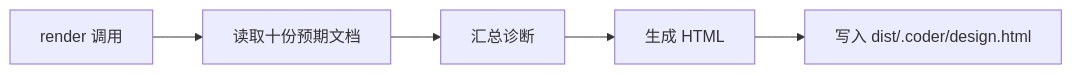
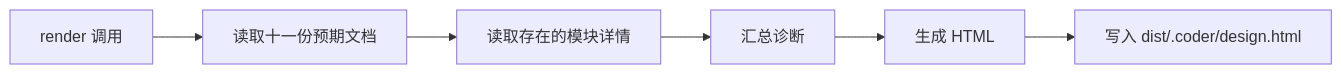
Before and after one commit to Cangjier/coder: the tenth of 10 diagrams in .coder/design/architecture.md, drawn with Mermaid. The commit also changed other lines of this file and 37 other files, not shown here.

````diff
--- a/.coder/design/architecture.md
+++ b/.coder/design/architecture.md
@@ -133,7 +166,8 @@
 ```mermaid
 flowchart LR
-  A[render 调用] --> B[读取十份预期文档]
-  B --> C[汇总诊断]
-  C --> D[生成 HTML]
-  D --> E[写入 dist/.coder/design.html]
+  A[render 调用] --> B[读取十一份预期文档]
+  B --> C[读取存在的模块详情]
+  C --> D[汇总诊断]
+  D --> E[生成 HTML]
+  E --> F[写入 dist/.coder/design.html]
 ```
````
